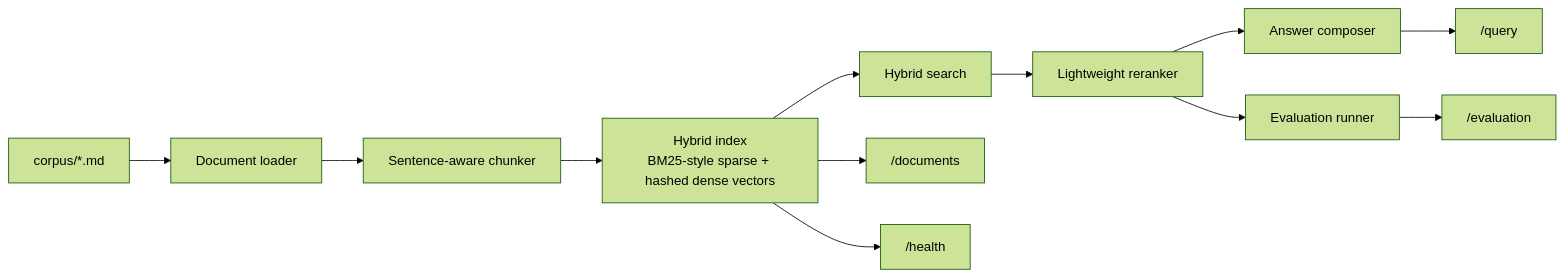
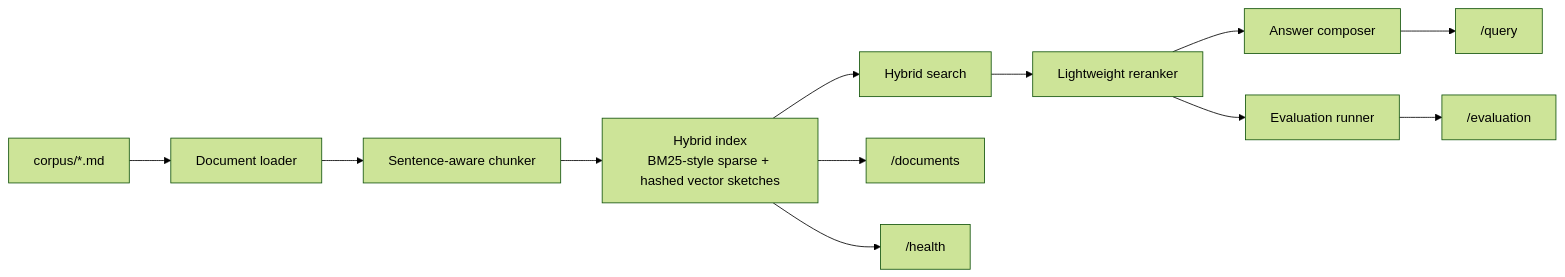
One commit to srn91/rag-ops-platform changed the diagram in README.md. Above: the diagram before and after it, drawn with Mermaid (forest theme). The commit also changed other lines of this file and 7 other files, not shown here.

````diff
--- a/README.md
+++ b/README.md
@@ -22,14 +22,14 @@
 ```mermaid
 flowchart LR
     A["corpus/*.md"] --> B["Document loader"]
     B --> C["Sentence-aware chunker"]
-    C --> D["Hybrid index<br/>BM25-style sparse + hashed dense vectors"]
+    C --> D["Hybrid index<br/>BM25-style sparse + hashed vector sketches"]
     D --> E["Hybrid search"]
     E --> F["Lightweight reranker"]
     F --> G["Answer composer"]
     F --> H["Evaluation runner"]
     G --> I["/query"]
     H --> J["/evaluation"]
     D --> K["/documents"]
     D --> L["/health"]
 ```
````
